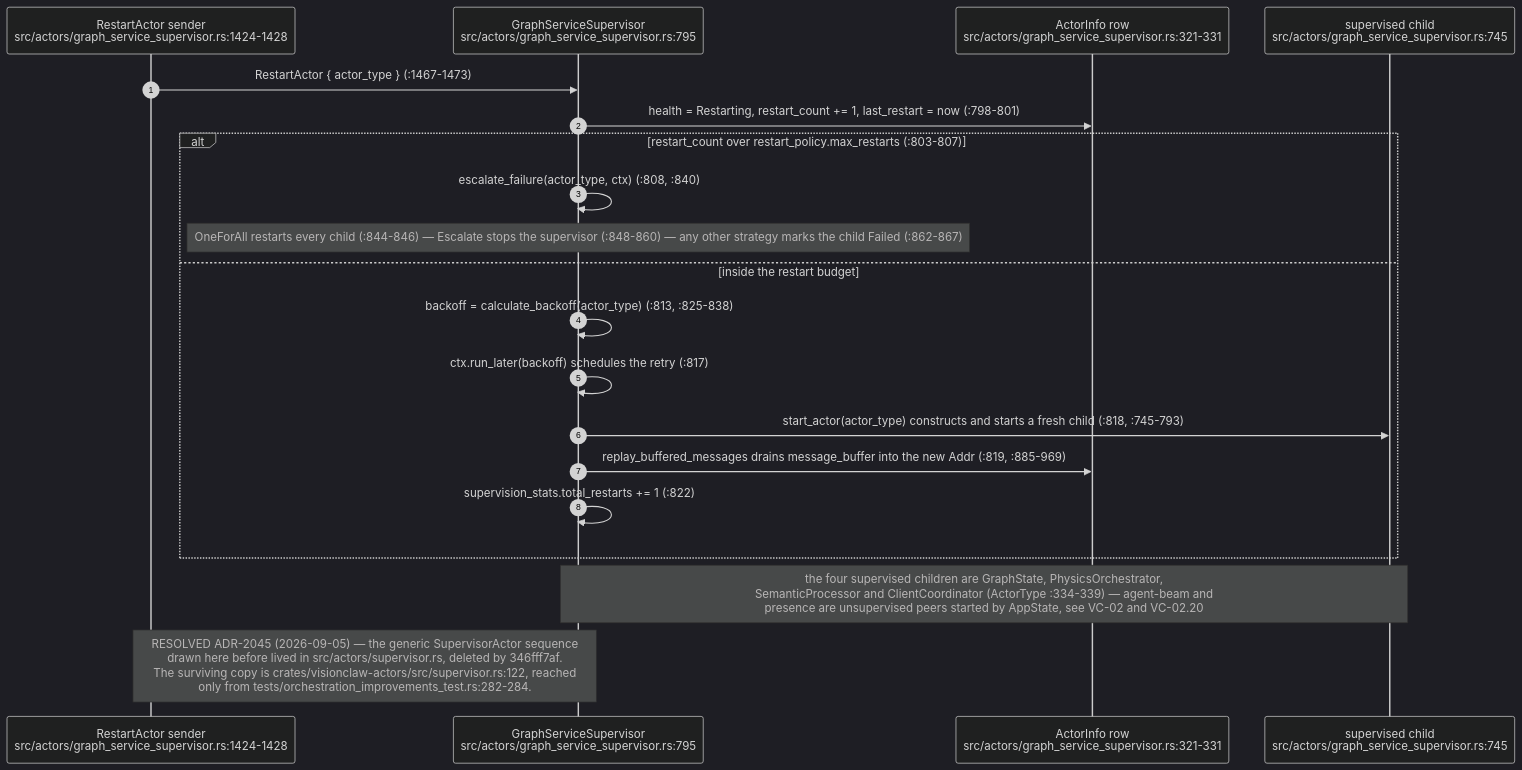
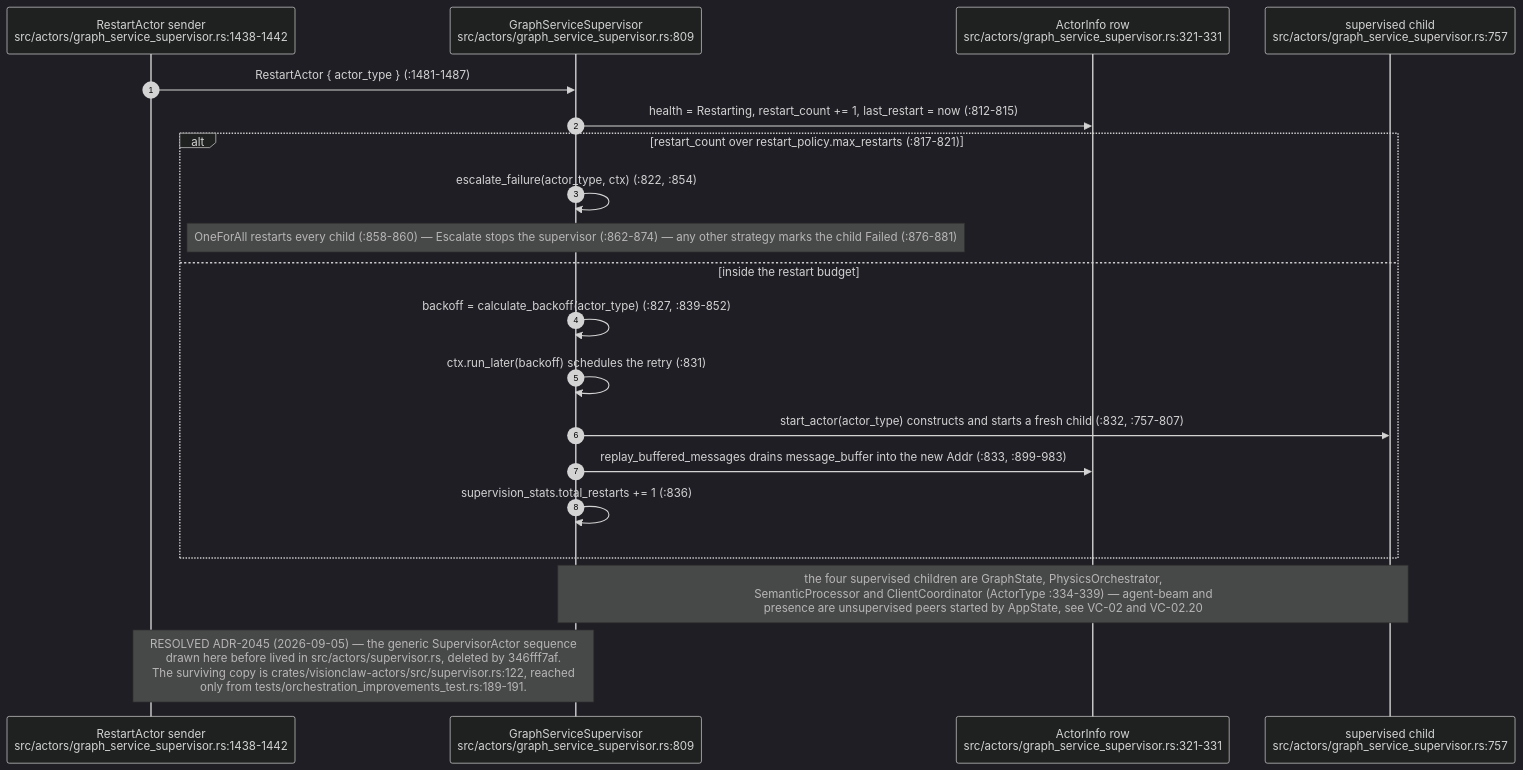
One commit to DreamLab-AI/VisionFlow changed the fifth of 14 diagrams in docs/diagrams/visionclaw/02-actor-supervision.md. Above: the diagram before and after it, drawn with Mermaid (dark theme). The commit also changed other lines of this file and 7 other files, not shown here.

````diff
--- a/docs/diagrams/visionclaw/02-actor-supervision.md
+++ b/docs/diagrams/visionclaw/02-actor-supervision.md
@@ -230,23 +229,23 @@
 ```mermaid
 sequenceDiagram
     autonumber
-    participant OP as RestartActor sender<br/>src/actors/graph_service_supervisor.rs:1424-1428
-    participant S as GraphServiceSupervisor<br/>src/actors/graph_service_supervisor.rs:795
+    participant OP as RestartActor sender<br/>src/actors/graph_service_supervisor.rs:1438-1442
+    participant S as GraphServiceSupervisor<br/>src/actors/graph_service_supervisor.rs:809
     participant AI as ActorInfo row<br/>src/actors/graph_service_supervisor.rs:321-331
-    participant CH as supervised child<br/>src/actors/graph_service_supervisor.rs:745
+    participant CH as supervised child<br/>src/actors/graph_service_supervisor.rs:757
 
-    OP->>S: RestartActor { actor_type } (:1467-1473)
-    S->>AI: health = Restarting, restart_count += 1, last_restart = now (:798-801)
-    alt restart_count over restart_policy.max_restarts (:803-807)
-        S->>S: escalate_failure(actor_type, ctx) (:808, :840)
-        Note over S: OneForAll restarts every child (:844-846) — Escalate stops the supervisor (:848-860) — any other strategy marks the child Failed (:862-867)
+    OP->>S: RestartActor { actor_type } (:1481-1487)
+    S->>AI: health = Restarting, restart_count += 1, last_restart = now (:812-815)
+    alt restart_count over restart_policy.max_restarts (:817-821)
+        S->>S: escalate_failure(actor_type, ctx) (:822, :854)
+        Note over S: OneForAll restarts every child (:858-860) — Escalate stops the supervisor (:862-874) — any other strategy marks the child Failed (:876-881)
     else inside the restart budget
-        S->>S: backoff = calculate_backoff(actor_type) (:813, :825-838)
-        S->>S: ctx.run_later(backoff) schedules the retry (:817)
-        S->>CH: start_actor(actor_type) constructs and starts a fresh child (:818, :745-793)
-        S->>AI: replay_buffered_messages drains message_buffer into the new Addr (:819, :885-969)
-        S->>S: supervision_stats.total_restarts += 1 (:822)
+        S->>S: backoff = calculate_backoff(actor_type) (:827, :839-852)
+        S->>S: ctx.run_later(backoff) schedules the retry (:831)
+        S->>CH: start_actor(actor_type) constructs and starts a fresh child (:832, :757-807)
+        S->>AI: replay_buffered_messages drains message_buffer into the new Addr (:833, :899-983)
+        S->>S: supervision_stats.total_restarts += 1 (:836)
     end
     Note over S,CH: the four supervised children are GraphState, PhysicsOrchestrator,<br/>SemanticProcessor and ClientCoordinator (ActorType :334-339) — agent-beam and<br/>presence are unsupervised peers started by AppState, see VC-02 and VC-02.20
-    Note over OP,S: RESOLVED ADR-2045 (2026-09-05) — the generic SupervisorActor sequence<br/>drawn here before lived in src/actors/supervisor.rs, deleted by 346fff7af.<br/>The surviving copy is crates/visionclaw-actors/src/supervisor.rs:122, reached<br/>only from tests/orchestration_improvements_test.rs:282-284.
+    Note over OP,S: RESOLVED ADR-2045 (2026-09-05) — the generic SupervisorActor sequence<br/>drawn here before lived in src/actors/supervisor.rs, deleted by 346fff7af.<br/>The surviving copy is crates/visionclaw-actors/src/supervisor.rs:122, reached<br/>only from tests/orchestration_improvements_test.rs:189-191.
 ```
````
